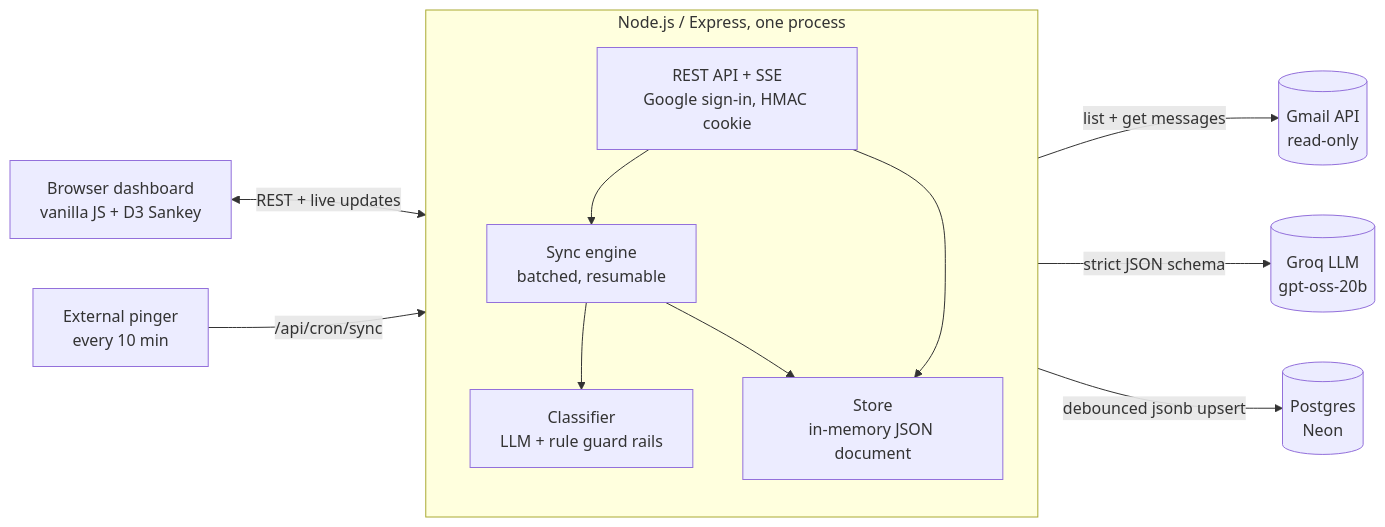
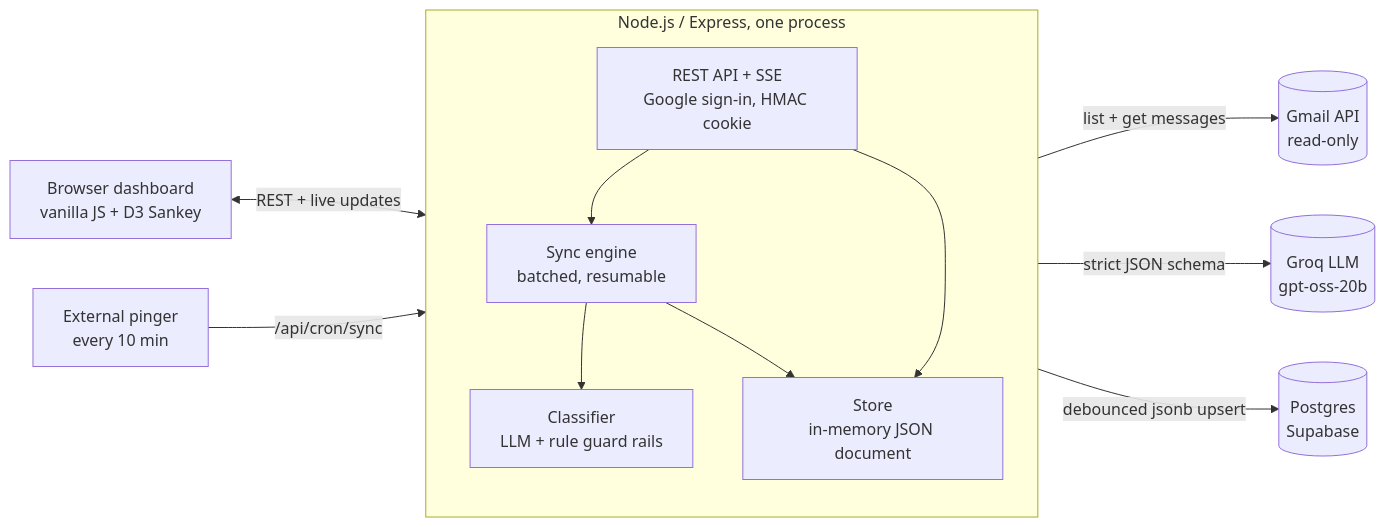
The diagram in README.md (krishjayanth/job-tracker), drawn with Mermaid before and after one commit. The commit also changed other lines of this file and 12 other files, not shown here.

First line of the commit message:
Get ready to move the database from Neon to Supabase

````diff
--- a/README.md
+++ b/README.md
@@ -58,25 +58,25 @@
 ```mermaid
 flowchart LR
     UI["Browser dashboard<br/>vanilla JS + D3 Sankey"]
     Cron["External pinger<br/>every 10 min"]
     subgraph Server["Node.js / Express, one process"]
         direction TB
         API["REST API + SSE<br/>Google sign-in, HMAC cookie"]
         Sync["Sync engine<br/>batched, resumable"]
         Cls["Classifier<br/>LLM + rule guard rails"]
         Store["Store<br/>in-memory JSON document"]
         API --> Sync
         Sync --> Cls
         Sync --> Store
         API --> Store
     end
     Gmail[("Gmail API<br/>read-only")]
     Groq[("Groq LLM<br/>gpt-oss-20b")]
-    PG[("Postgres<br/>Neon")]
+    PG[("Postgres<br/>Supabase")]
 
     UI <-- "REST + live updates" --> API
     Cron -- "/api/cron/sync" --> API
     Sync -- "list + get messages" --> Gmail
     Cls -- "strict JSON schema" --> Groq
     Store -- "debounced jsonb upsert" --> PG
 ```
````
